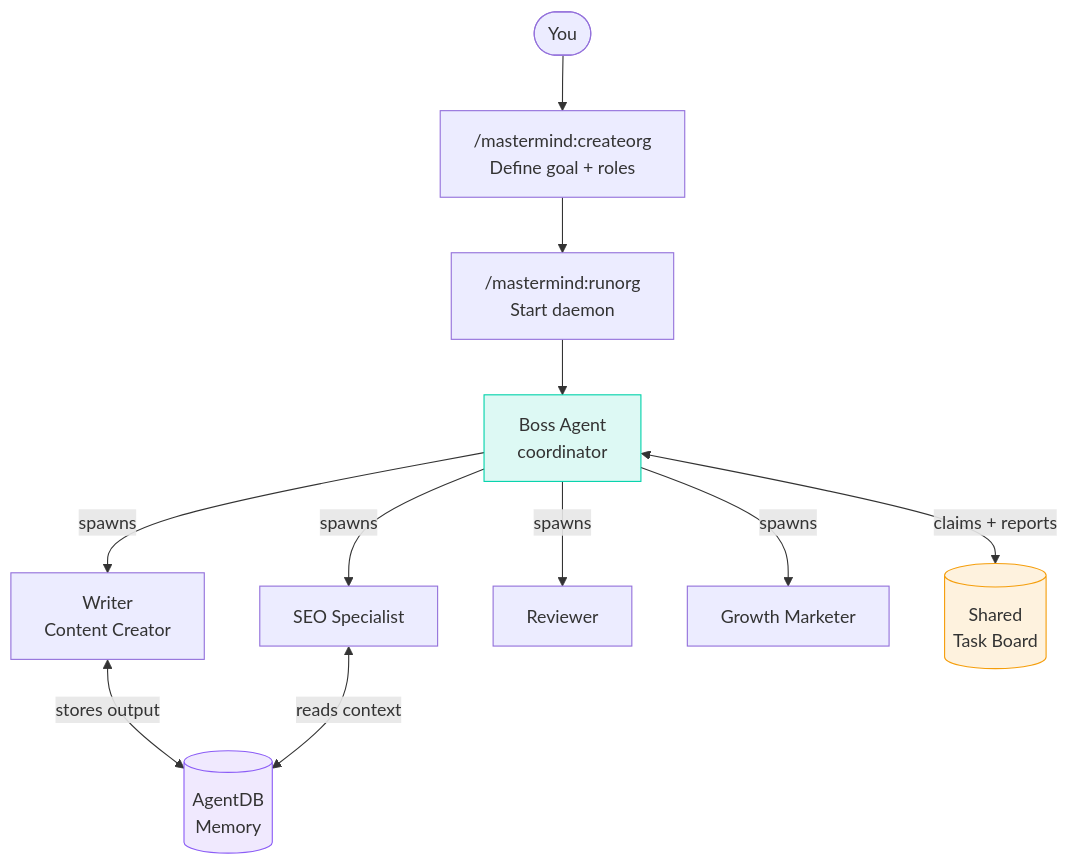
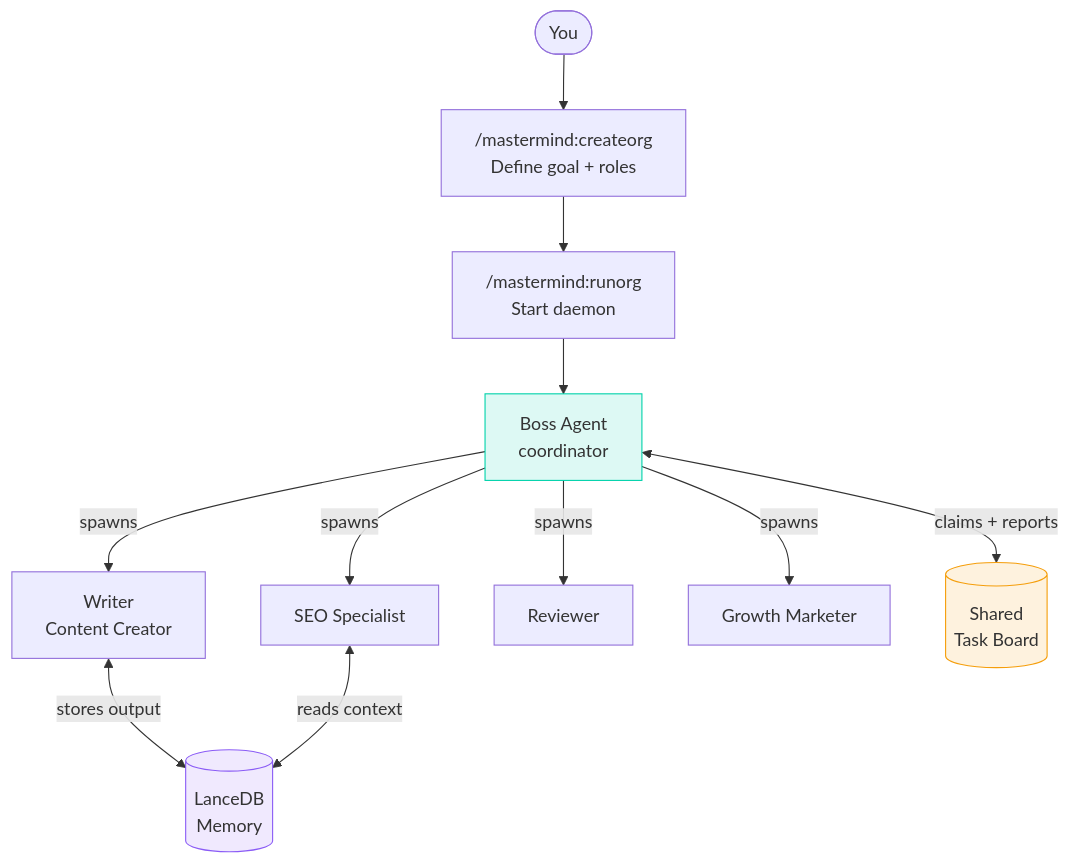
One commit to monoes/monomind changed the first of 6 diagrams in README.md. Above: the diagram before and after it, drawn with Mermaid. The commit also changed other lines of this file and 891 other files, not shown here.

````diff
--- a/README.md
+++ b/README.md
@@ -58,26 +58,26 @@
 ```mermaid
 flowchart TD
     U(["You"])
     CO["/mastermind:createorg\nDefine goal + roles"]
     RO["/mastermind:runorg\nStart daemon"]
     BOSS["Boss Agent\ncoordinator"]
     W["Writer\nContent Creator"]
     S["SEO Specialist"]
     R["Reviewer"]
     M["Growth Marketer"]
     BOARD[("Shared\nTask Board")]
-    MEM[("AgentDB\nMemory")]
+    MEM[("LanceDB\nMemory")]
 
     U --> CO --> RO --> BOSS
     BOSS -->|spawns| W
     BOSS -->|spawns| S
     BOSS -->|spawns| R
     BOSS -->|spawns| M
     BOSS <-->|claims + reports| BOARD
     W <-->|stores output| MEM
     S <-->|reads context| MEM
 
     style BOSS fill:#00D2AA22,stroke:#00D2AA
     style BOARD fill:#F59E0B22,stroke:#F59E0B
     style MEM fill:#8B5CF622,stroke:#8B5CF6
 ```
````
